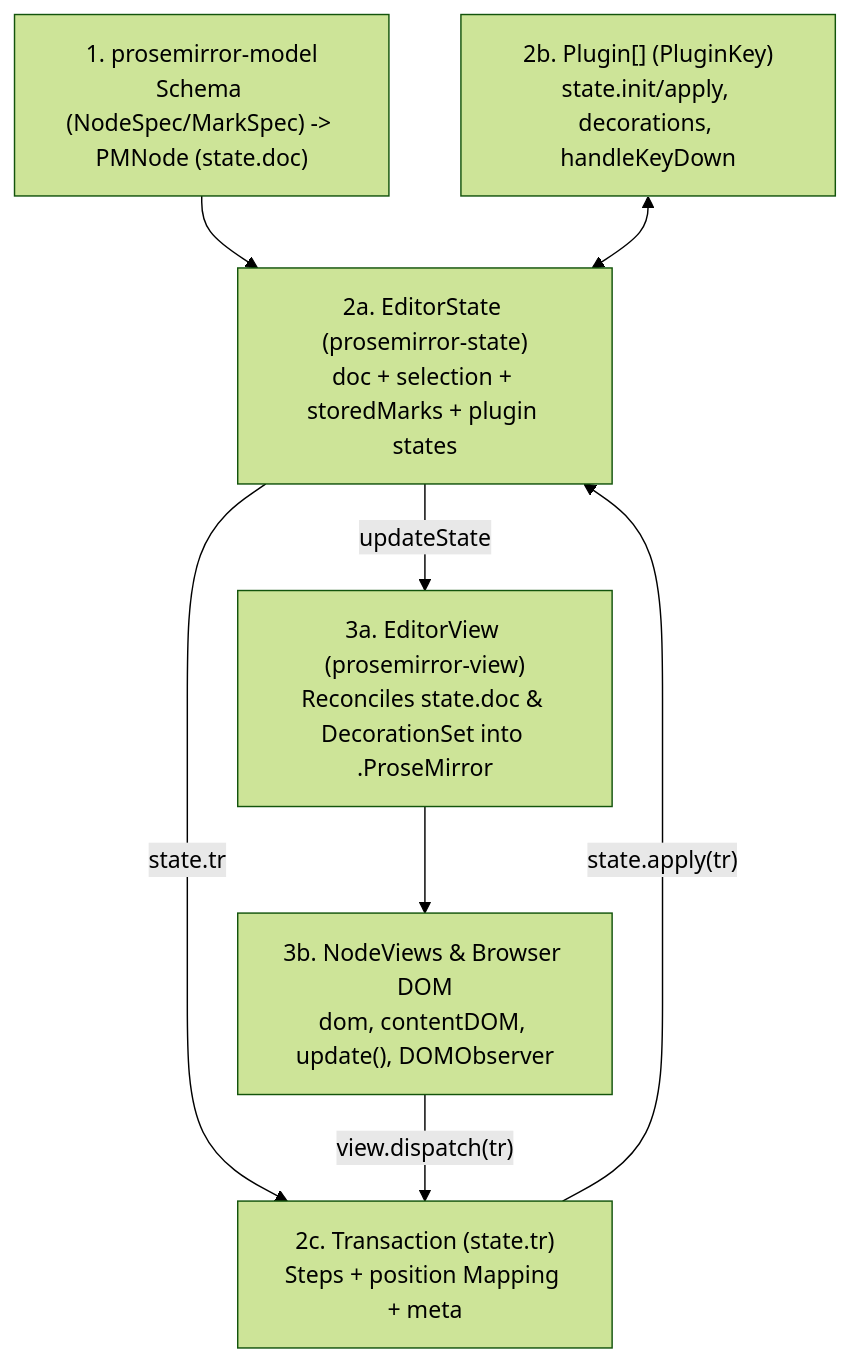
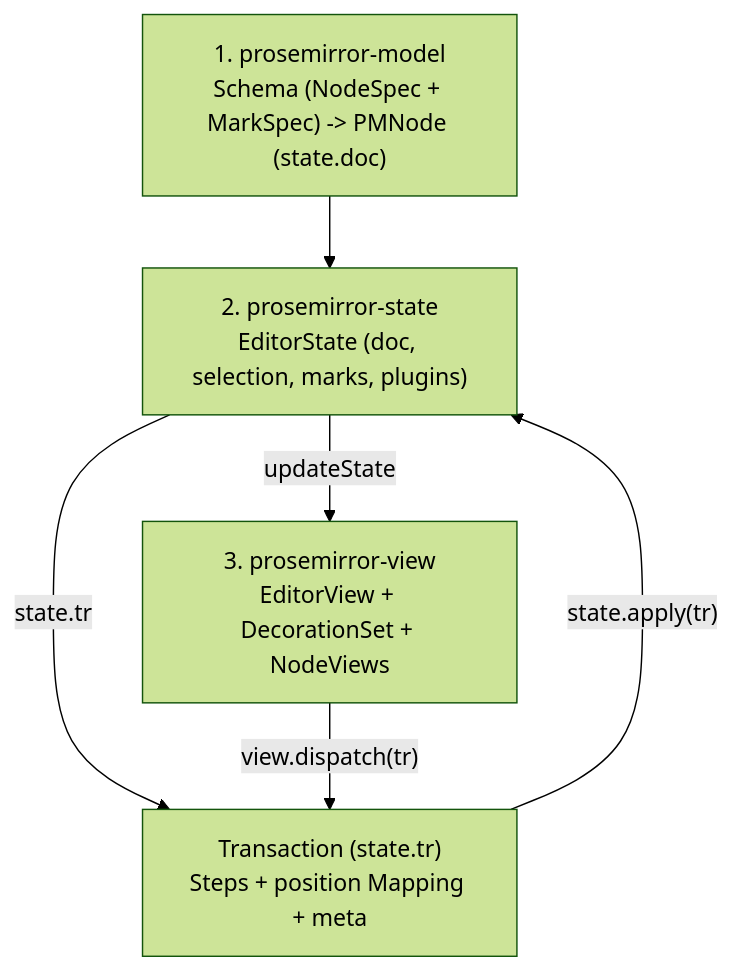
The first of 8 diagrams in docs/architecture/htmd-ts/editor-extensions.md (hypertextual/hypertextual), drawn with Mermaid (forest theme) before and after one commit. The commit also changed other lines of this file and 4 other files, not shown here.

Commit message:
docs(architecture): rewrite editor and extension docs in simple English with diagrams and tables

````diff
--- a/docs/architecture/htmd-ts/editor-extensions.md
+++ b/docs/architecture/htmd-ts/editor-extensions.md
@@ -42,17 +34,13 @@
 ```mermaid
 flowchart TD
-    Model["1. prosemirror-model<br/>Schema (NodeSpec/MarkSpec) -> PMNode (state.doc)"]
-    ES["2a. EditorState (prosemirror-state)<br/>doc + selection + storedMarks + plugin states"]
-    Plugins["2b. Plugin[] (PluginKey)<br/>state.init/apply, decorations, handleKeyDown"]
-    Tr["2c. Transaction (state.tr)<br/>Steps + position Mapping + meta"]
-    EV["3a. EditorView (prosemirror-view)<br/>Reconciles state.doc & DecorationSet into .ProseMirror"]
-    NV["3b. NodeViews & Browser DOM<br/>dom, contentDOM, update(), DOMObserver"]
+    Model["1. prosemirror-model<br/>Schema (NodeSpec + MarkSpec) -> PMNode (state.doc)"]
+    State["2. prosemirror-state<br/>EditorState (doc, selection, marks, plugins)"]
+    Tr["Transaction (state.tr)<br/>Steps + position Mapping + meta"]
+    View["3. prosemirror-view<br/>EditorView + DecorationSet + NodeViews"]
 
-    Model --> ES
-    Plugins <--> ES
-    ES -->|"state.tr"| Tr
-    Tr -->|"state.apply(tr)"| ES
-    ES -->|"updateState"| EV
-    EV --> NV
-    NV -->|"view.dispatch(tr)"| Tr
+    Model --> State
+    State -->|"state.tr"| Tr
+    Tr -->|"state.apply(tr)"| State
+    State -->|"updateState"| View
+    View -->|"view.dispatch(tr)"| Tr
 ```
````
